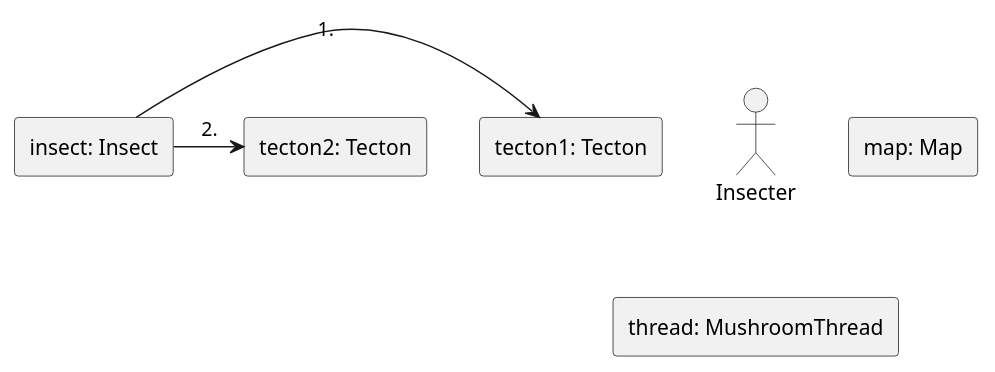
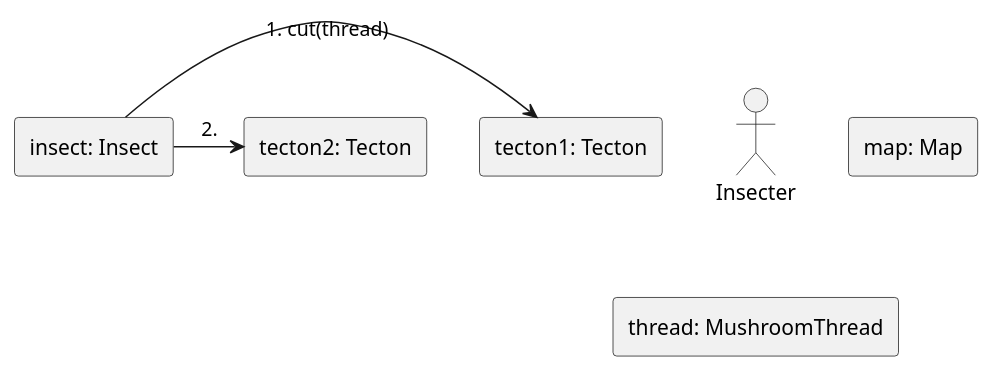
Before and after one commit to Petya-G/fungorium: the diagram in 5/communication_diagrams/cut_with_insect.puml, drawn with PlantUML. The commit also changed 4 other files, not shown here.

Commit message:
added communication diagrams related to Mushroomer

```diff
--- a/5/communication_diagrams/cut_with_insect.puml
+++ b/5/communication_diagrams/cut_with_insect.puml
@@ -2,13 +2,13 @@
 @startuml Cut with insect
 skinparam linestyle ortho
 actor Insecter 
 rectangle "map: Map" as 1
 rectangle "tecton1: Tecton" as 2.1
 rectangle "tecton2: Tecton" as 2.2
 rectangle "insect: Insect" as 3
 rectangle "thread: MushroomThread" as 4
 
-3 -right-> 2.1: 1. 
+3 -right-> 2.1: 1. cut(thread)
 3 -right-> 2.2: 2. 
 
 @enduml
```
